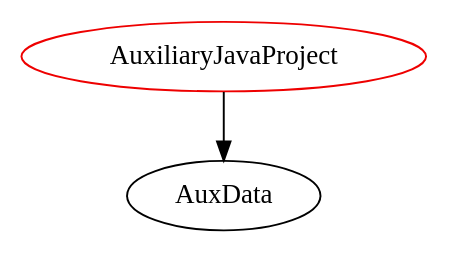
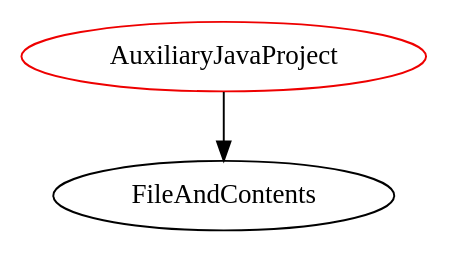
One commit to JacquesCarette/Drasil changed the diagram in analysis/TypeDependencyGraphs/code/AuxiliaryJavaProject.dot. Above: the diagram before and after it, drawn with Graphviz. The commit also changed 172 other files, not shown here.

```diff
--- a/analysis/TypeDependencyGraphs/code/AuxiliaryJavaProject.dot
+++ b/analysis/TypeDependencyGraphs/code/AuxiliaryJavaProject.dot
@@ -1,4 +1,4 @@
 digraph auxiliaryjavaproject{
 AuxiliaryJavaProject	[shape=oval, color=red2, label="AuxiliaryJavaProject"];
-AuxiliaryJavaProject -> AuxData;
+AuxiliaryJavaProject -> FileAndContents;
 }
```
